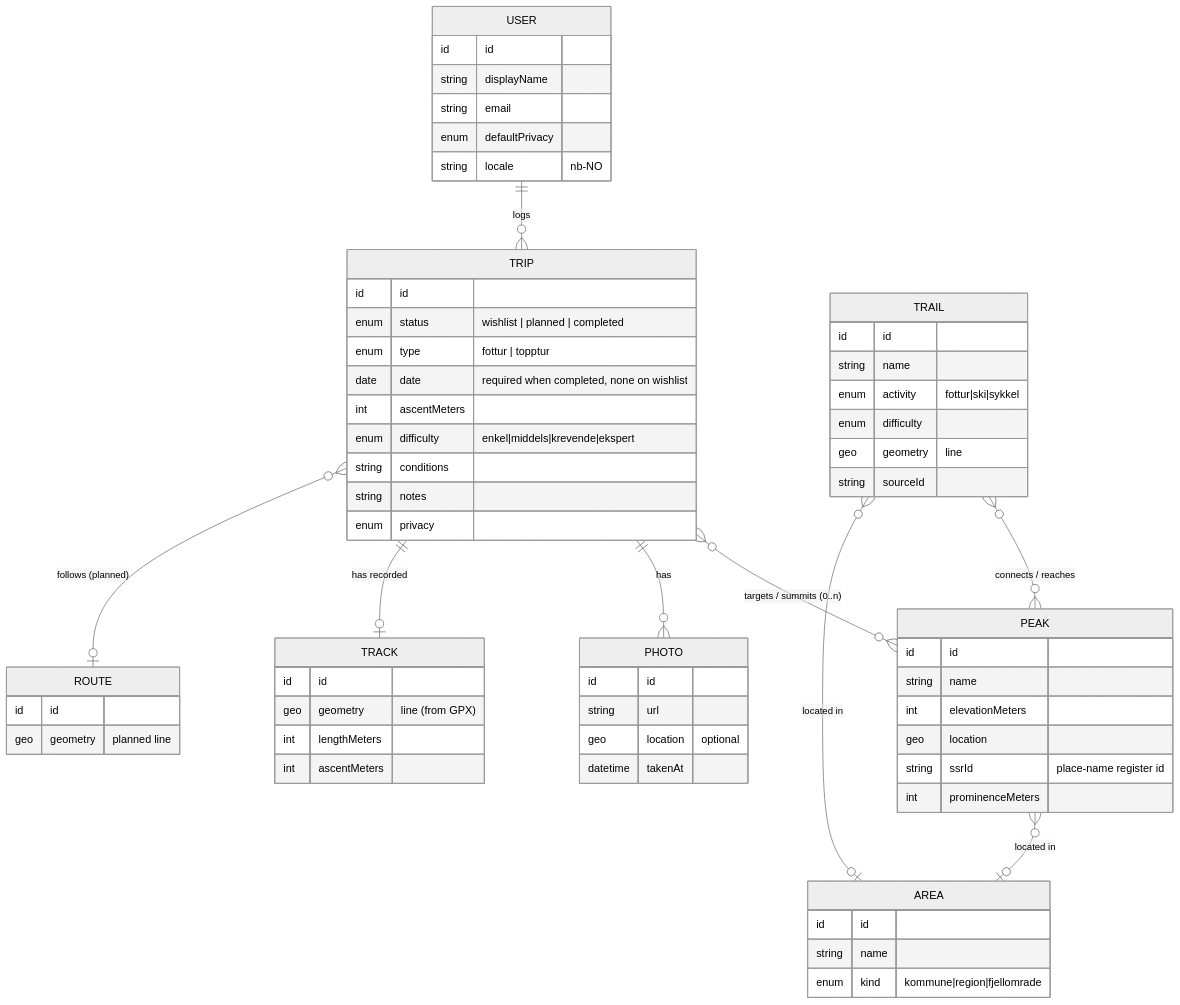
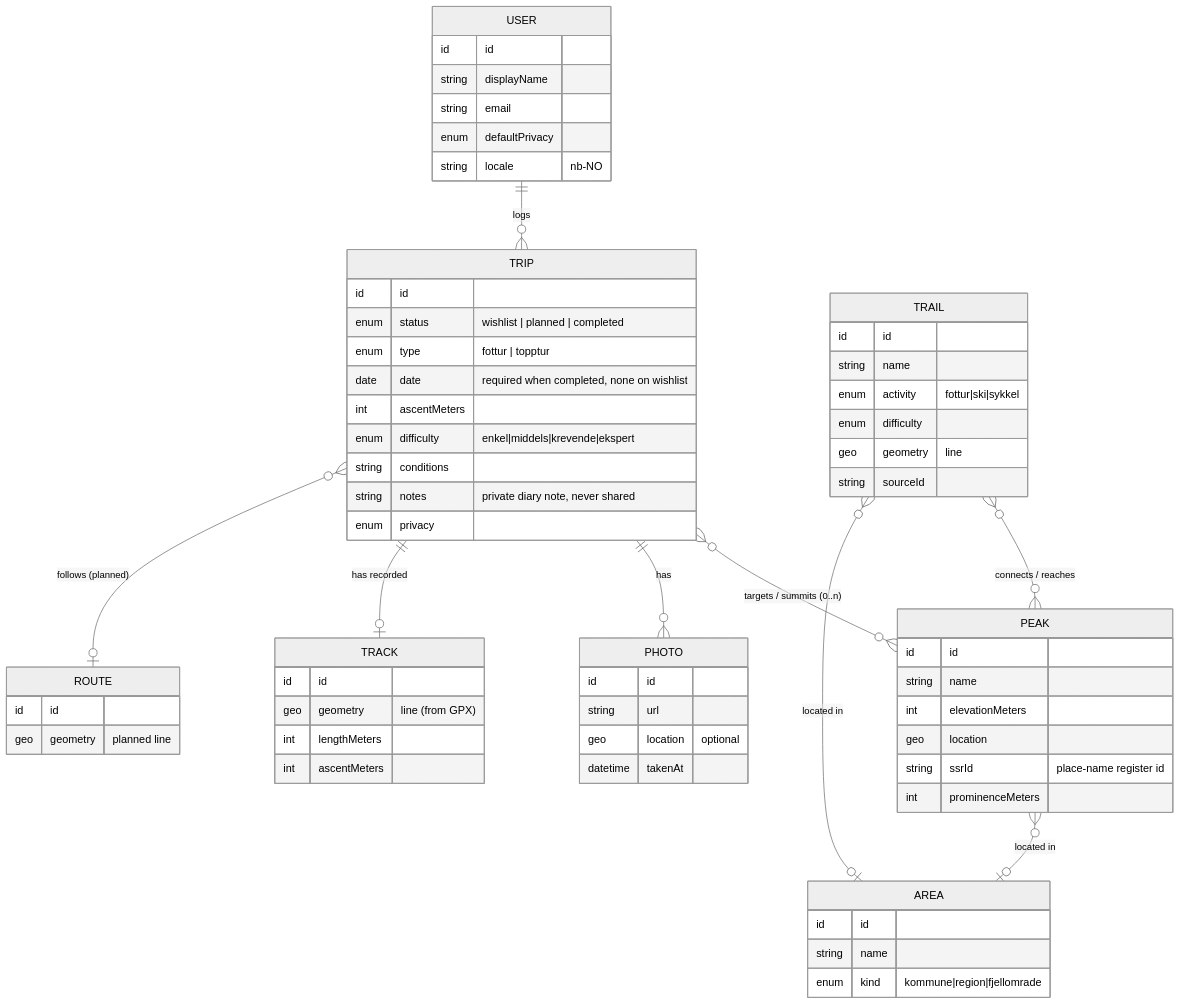
One commit to rekfar/docs changed the first of 2 diagrams in architecture/03-data-architecture.md. Above: the diagram before and after it, drawn with Mermaid (neutral theme). The commit also changed other lines of this file and 6 other files, not shown here.

````diff
--- a/architecture/03-data-architecture.md
+++ b/architecture/03-data-architecture.md
@@ -21,67 +21,67 @@
 ```mermaid
 erDiagram
     USER ||--o{ TRIP : logs
     TRIP }o--o{ PEAK : "targets / summits (0..n)"
     TRIP ||--o{ PHOTO : has
     TRIP ||--o| TRACK : "has recorded"
     TRIP }o--o| ROUTE : "follows (planned)"
     PEAK }o--o| AREA : "located in"
     TRAIL }o--o{ PEAK : "connects / reaches"
     TRAIL }o--o| AREA : "located in"
 
     USER {
         id id
         string displayName
         string email
         enum defaultPrivacy
         string locale "nb-NO"
     }
     TRIP {
         id id
         enum status "wishlist | planned | completed"
         enum type "fottur | topptur"
         date date "required when completed, none on wishlist"
         int ascentMeters
         enum difficulty "enkel|middels|krevende|ekspert"
         string conditions
-        string notes
+        string notes "private diary note, never shared"
         enum privacy
     }
     PEAK {
         id id
         string name
         int elevationMeters
         geo location
         string ssrId "place-name register id"
         int prominenceMeters
     }
     TRAIL {
         id id
         string name
         enum activity "fottur|ski|sykkel"
         enum difficulty
         geo geometry "line"
         string sourceId
     }
     TRACK {
         id id
         geo geometry "line (from GPX)"
         int lengthMeters
         int ascentMeters
     }
     ROUTE {
         id id
         geo geometry "planned line"
     }
     PHOTO {
         id id
         string url
         geo location "optional"
         datetime takenAt
     }
     AREA {
         id id
         string name
         enum kind "kommune|region|fjellomrade"
     }
 ```
````
